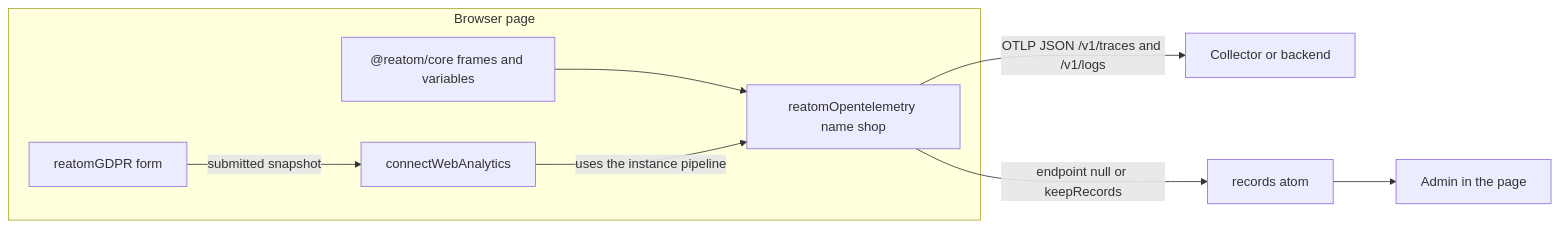
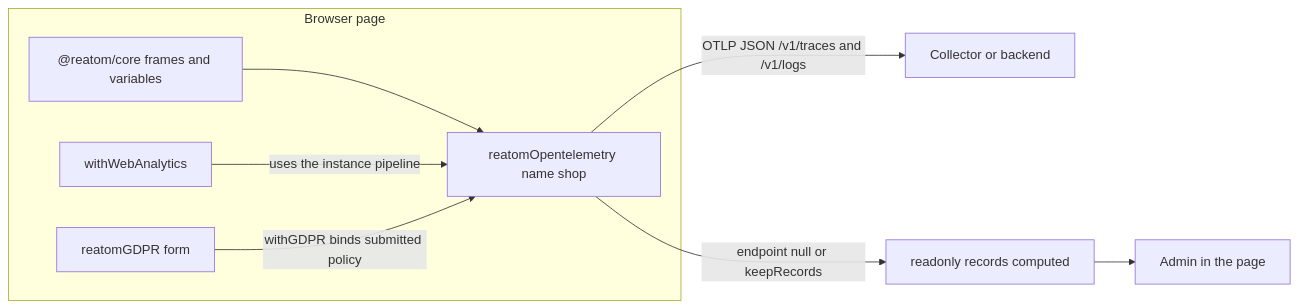
Before and after one commit to karupoiss00/reatom: the second of 13 diagrams in docs/src/content/docs/guides/opentelemetry.md, drawn with Mermaid. The commit also changed other lines of this file and 78 other files, not shown here.

````diff
--- a/docs/src/content/docs/guides/opentelemetry.md
+++ b/docs/src/content/docs/guides/opentelemetry.md
@@ -54,15 +54,15 @@
 ```mermaid
 flowchart LR
   subgraph app ["Browser page"]
     CORE["@reatom/core frames and variables"]
     OT["reatomOpentelemetry name shop"]
-    WA["connectWebAnalytics"]
+    WA["withWebAnalytics"]
     GDPR["reatomGDPR form"]
     CORE --> OT
     WA -->|"uses the instance pipeline"| OT
-    GDPR -->|"submitted snapshot"| WA
+    GDPR -->|"withGDPR binds submitted policy"| OT
   end
   OT -->|"OTLP JSON /v1/traces and /v1/logs"| COL["Collector or backend"]
-  OT -->|"endpoint null or keepRecords"| REC["records atom"]
+  OT -->|"endpoint null or keepRecords"| REC["readonly records computed"]
   REC --> ADMIN["Admin in the page"]
 ```
````
